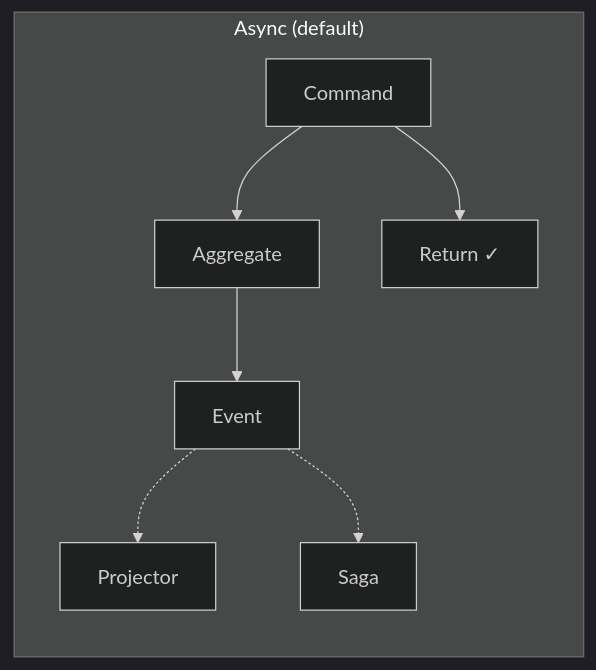
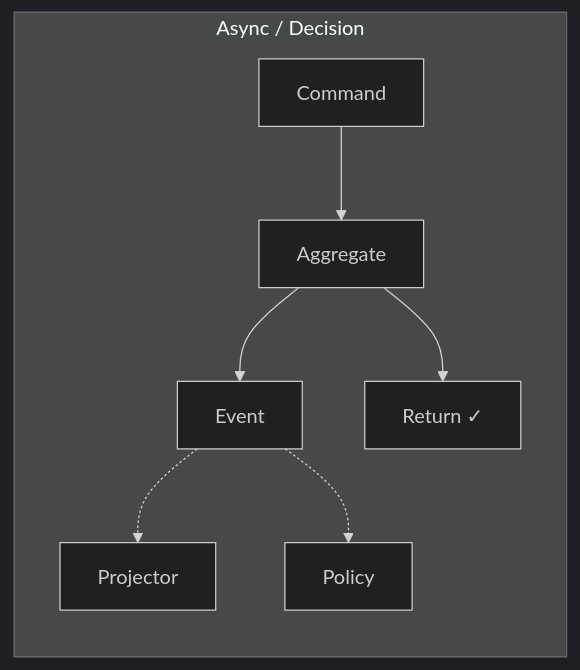
The third of 7 diagrams in site/src/content/docs/features/performance.mdx (angzarr-io/angzarr-project), drawn with Mermaid (dark theme) before and after one commit. The commit also changed other lines of this file and 9 other files, not shown here.

````diff
--- a/site/src/content/docs/features/performance.mdx
+++ b/site/src/content/docs/features/performance.mdx
@@ -84,9 +84,9 @@
 ```mermaid
 flowchart LR
-    subgraph async["Async (default)"]
+    subgraph async["Async / Decision"]
         c1["Command"] --> a1["Aggregate"] --> e1["Event"]
         e1 -.-> p1["Projector"]
-        e1 -.-> s1["Saga"]
-        c1 --> r1["Return ✓"]
+        e1 -.-> s1["Policy"]
+        a1 --> r1["Return ✓"]
     end
 ```
````
